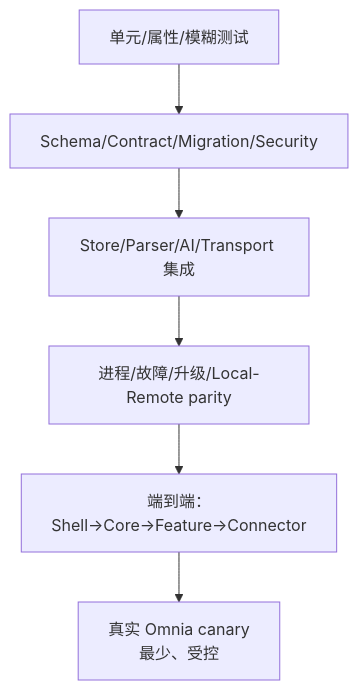
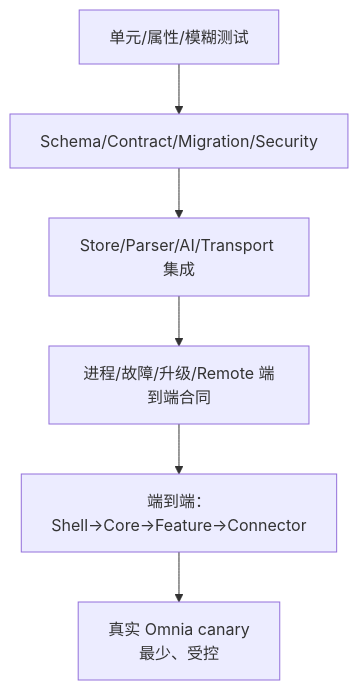
The second of 2 diagrams in docs/operations/SECURITY_RELIABILITY_TESTING.md (coAtlus0916/omnia-agent-v2), drawn with Mermaid before and after one commit. The commit also changed other lines of this file and 101 other files, not shown here.

````diff
--- a/docs/operations/SECURITY_RELIABILITY_TESTING.md
+++ b/docs/operations/SECURITY_RELIABILITY_TESTING.md
@@ -165,10 +165,10 @@
 ```mermaid
 flowchart TB
     C["真实 Omnia canary<br/>最少、受控"]
     E["端到端：Shell→Core→Feature→Connector"]
-    P["进程/故障/升级/Local-Remote parity"]
+    P["进程/故障/升级/Remote 端到端合同"]
     I["Store/Parser/AI/Transport 集成"]
     K["Schema/Contract/Migration/Security"]
     U["单元/属性/模糊测试"]
     U --> K --> I --> P --> E --> C
 ```
````
